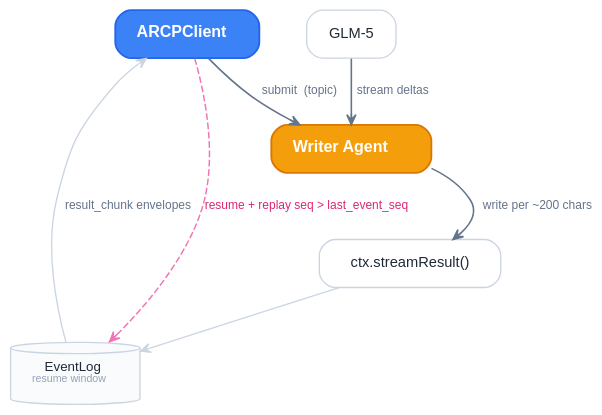
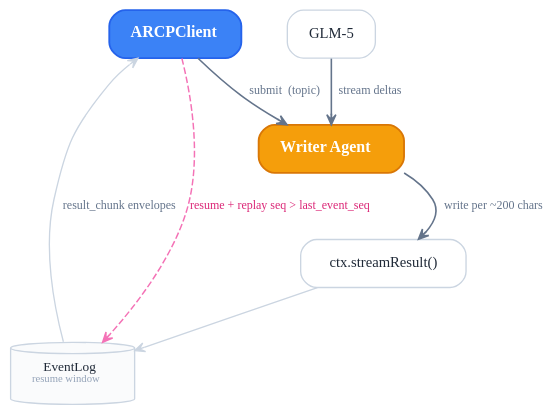
One commit to agentruntimecontrolprotocol/typescript-sdk changed the diagram in recipes/diagrams/stream-resume-light.dot. Above: the diagram before and after it, drawn with Graphviz. The commit also changed 49 other files, not shown here.

First line of the commit message:
Harmonize Graphviz diagrams with the ARCP design system

```diff
--- a/recipes/diagrams/stream-resume-light.dot
+++ b/recipes/diagrams/stream-resume-light.dot
@@ -1,57 +1,57 @@
 digraph StreamResume {
   rankdir=TB;
   bgcolor="transparent";
   compound=true;
-  fontname="Helvetica";
+  fontname="TT Commons Pro Trial";
   splines=spline;
   nodesep=0.32;
   ranksep=0.55;
   pad="0.35,0.25";
 
   node [
     shape=box, style="rounded,filled",
     fillcolor="white", color="#CBD5E1",
-    fontname="Helvetica", fontsize=11, fontcolor="#1F2937",
+    fontname="TT Commons Pro Trial", fontsize=11, fontcolor="#1F2937",
     margin="0.22,0.11", penwidth=1.0
   ];
 
   edge [
-    fontname="Helvetica", fontsize=9, fontcolor="#64748B",
+    fontname="TT Commons Pro Trial", fontsize=9, fontcolor="#64748B",
     color="#94A3B8", penwidth=1.1, arrowsize=0.75, arrowhead=vee
   ];
 
   Client [
     label=<<FONT POINT-SIZE="12"><B>ARCPClient</B></FONT>>,
     fillcolor="#3B82F6", color="#2563EB",
     fontcolor="white", penwidth=1.4
   ];
 
   Writer [
     label=<<FONT POINT-SIZE="12"><B>Writer Agent</B></FONT>>,
     fillcolor="#F59E0B", color="#D97706",
     fontcolor="white", penwidth=1.4
   ];
 
   GLM  [label="GLM-5"];
   Chunks [label="ctx.streamResult()"];
 
   Log [
     label=<<FONT POINT-SIZE="10">EventLog</FONT><BR/><FONT POINT-SIZE="8" COLOR="#94A3B8">resume window</FONT>>,
     shape=cylinder, fillcolor="#FAFBFC"
   ];
 
   edge [color="#64748B", penwidth=1.2];
   Client -> Writer [label="submit  (topic)"];
   GLM    -> Writer [label="stream deltas"];
   Writer -> Chunks [label="write per ~200 chars"];
 
   edge [color="#CBD5E1", penwidth=1.0];
   Chunks -> Log;
   Log    -> Client [label="result_chunk envelopes"];
 
   Client -> Log [
     style=dashed, color="#F472B6", penwidth=1.1,
     constraint=false,
     label=<<FONT COLOR="#DB2777">resume + replay seq &gt; last_event_seq</FONT>>, fontsize=9
   ];
 }
```
